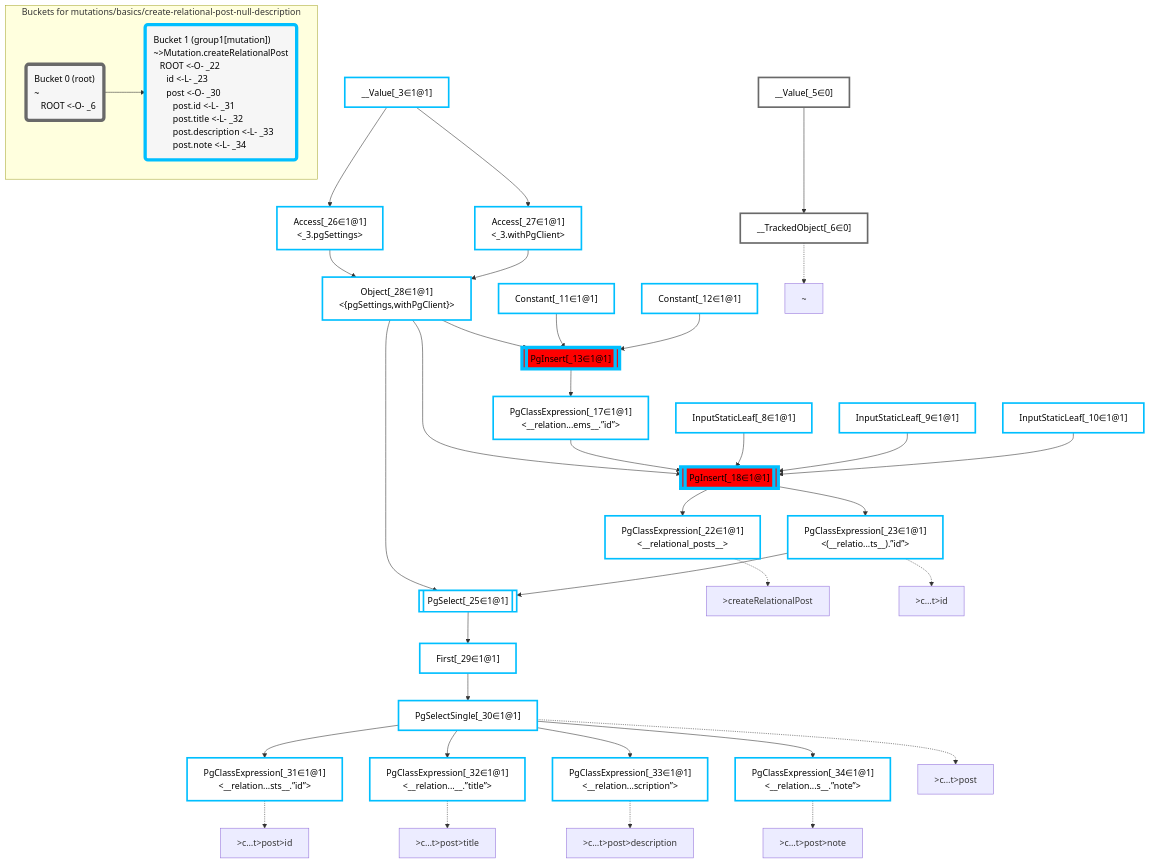
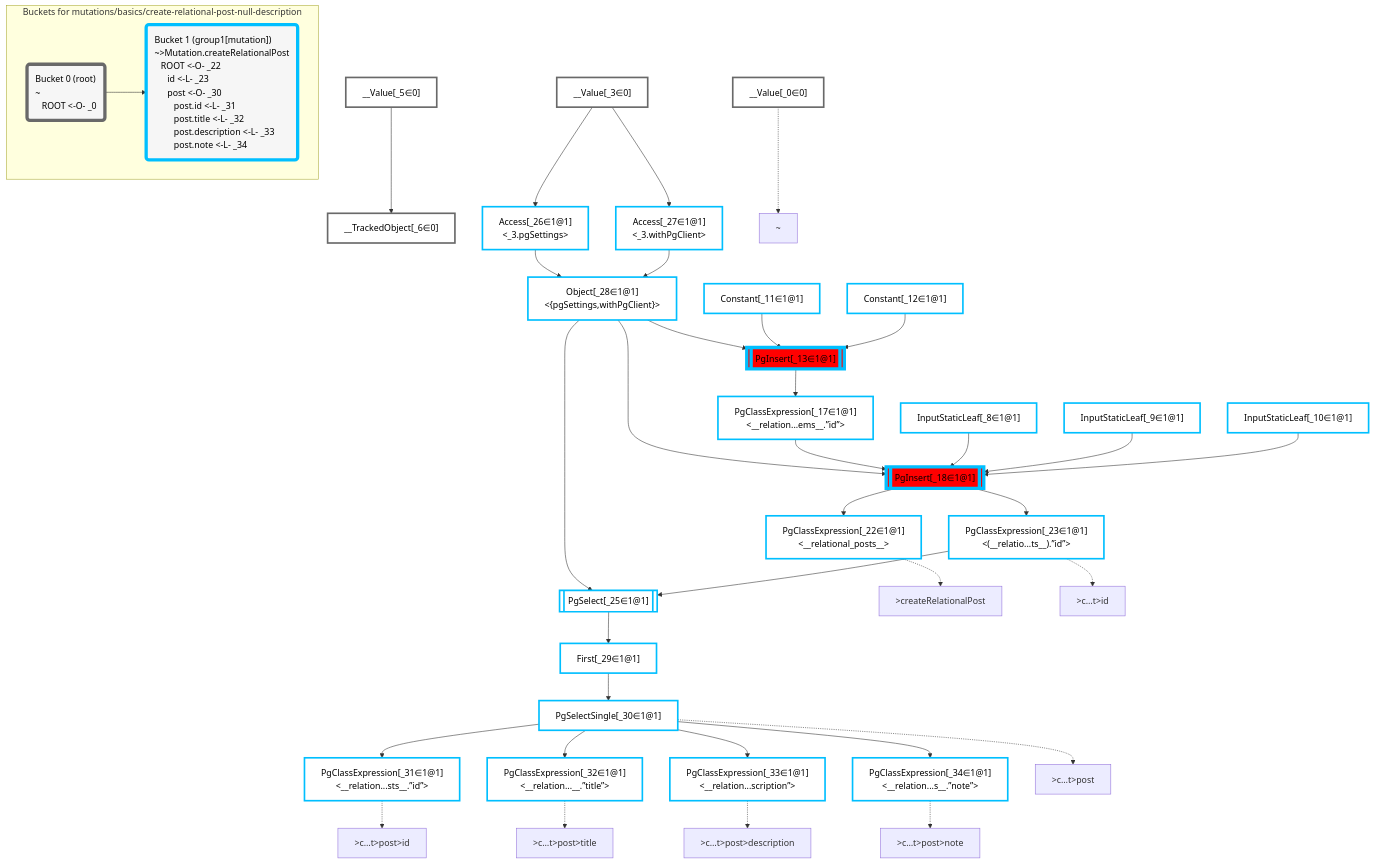
The diagram in packages/dataplan-pg/__tests__/mutations/basics/create-relational-post-null-description.deopt.mermaid.md (graphile/crystal), drawn with Mermaid before and after one commit. The commit also changed 193 other files, not shown here.

Commit message:
Update test plan snapshots with new root plan

```diff
--- a/packages/dataplan-pg/__tests__/mutations/basics/create-relational-post-null-description.deopt.mermaid.md
+++ b/packages/dataplan-pg/__tests__/mutations/basics/create-relational-post-null-description.deopt.mermaid.md
@@ -8,7 +8,8 @@
 
 
     %% define plans
-    __Value_3["__Value[_3∈1@1]<br /><context>"]:::plan
+    __Value_0["__Value[_0∈0]"]:::plan
+    __Value_3["__Value[_3∈0]<br /><context>"]:::plan
     __Value_5["__Value[_5∈0]<br /><rootValue>"]:::plan
     __TrackedObject_6["__TrackedObject[_6∈0]"]:::plan
     InputStaticLeaf_8["InputStaticLeaf[_8∈1@1]"]:::plan
@@ -59,8 +60,8 @@
     PgSelectSingle_30 --> PgClassExpression_34
 
     %% plan-to-path relationships
-    P_6["~"]
-    __TrackedObject_6 -.-> P_6
+    P_0["~"]
+    __Value_0 -.-> P_0
     P_22[">createRelationalPost"]
     PgClassExpression_22 -.-> P_22
     P_23[">c…t>id"]
@@ -78,12 +79,12 @@
 
     %% allocate buckets
     classDef bucket0 stroke:#696969
-    class __Value_5,__TrackedObject_6 bucket0
+    class __Value_0,__Value_3,__Value_5,__TrackedObject_6 bucket0
     classDef bucket1 stroke:#00bfff
-    class __Value_3,InputStaticLeaf_8,InputStaticLeaf_9,InputStaticLeaf_10,Constant_11,Constant_12,PgInsert_13,PgClassExpression_17,PgInsert_18,PgClassExpression_22,PgClassExpression_23,PgSelect_25,Access_26,Access_27,Object_28,First_29,PgSelectSingle_30,PgClassExpression_31,PgClassExpression_32,PgClassExpression_33,PgClassExpression_34 bucket1
+    class InputStaticLeaf_8,InputStaticLeaf_9,InputStaticLeaf_10,Constant_11,Constant_12,PgInsert_13,PgClassExpression_17,PgInsert_18,PgClassExpression_22,PgClassExpression_23,PgSelect_25,Access_26,Access_27,Object_28,First_29,PgSelectSingle_30,PgClassExpression_31,PgClassExpression_32,PgClassExpression_33,PgClassExpression_34 bucket1
 
     subgraph "Buckets for mutations/basics/create-relational-post-null-description"
-    Bucket0("Bucket 0 (root)<br />~<br />⠀ROOT <-O- _6"):::bucket
+    Bucket0("Bucket 0 (root)<br />~<br />⠀ROOT <-O- _0"):::bucket
     style Bucket0 stroke:#696969
     Bucket1("Bucket 1 (group1[mutation])<br />~>Mutation.createRelationalPost<br />⠀ROOT <-O- _22<br />⠀⠀id <-L- _23<br />⠀⠀post <-O- _30<br />⠀⠀⠀post.id <-L- _31<br />⠀⠀⠀post.title <-L- _32<br />⠀⠀⠀post.description <-L- _33<br />⠀⠀⠀post.note <-L- _34"):::bucket
     style Bucket1 stroke:#00bfff
```
